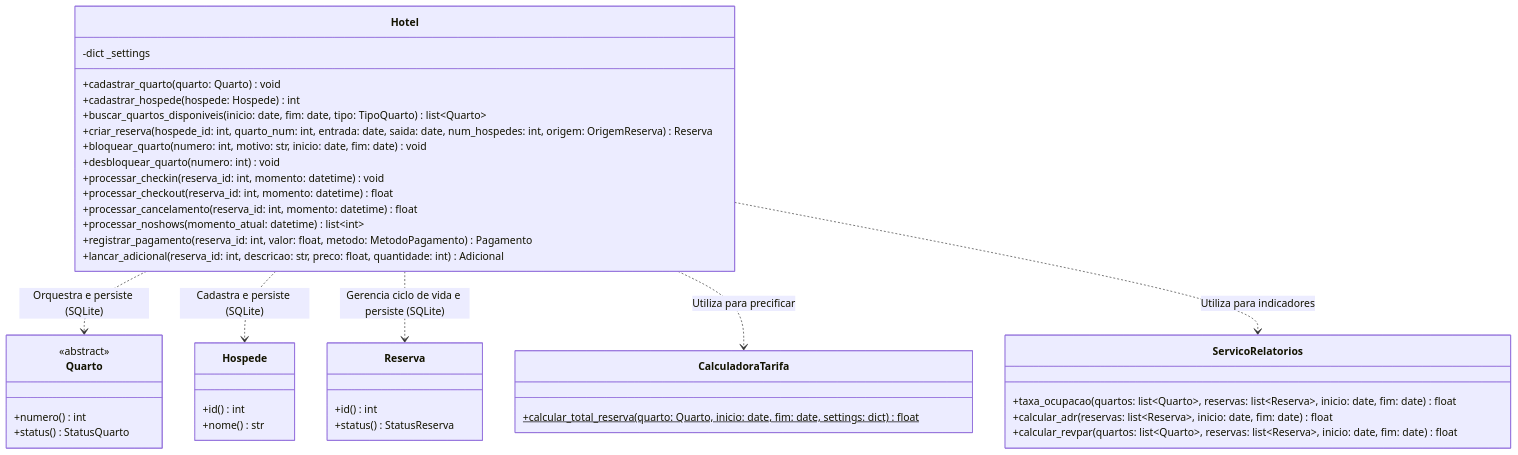
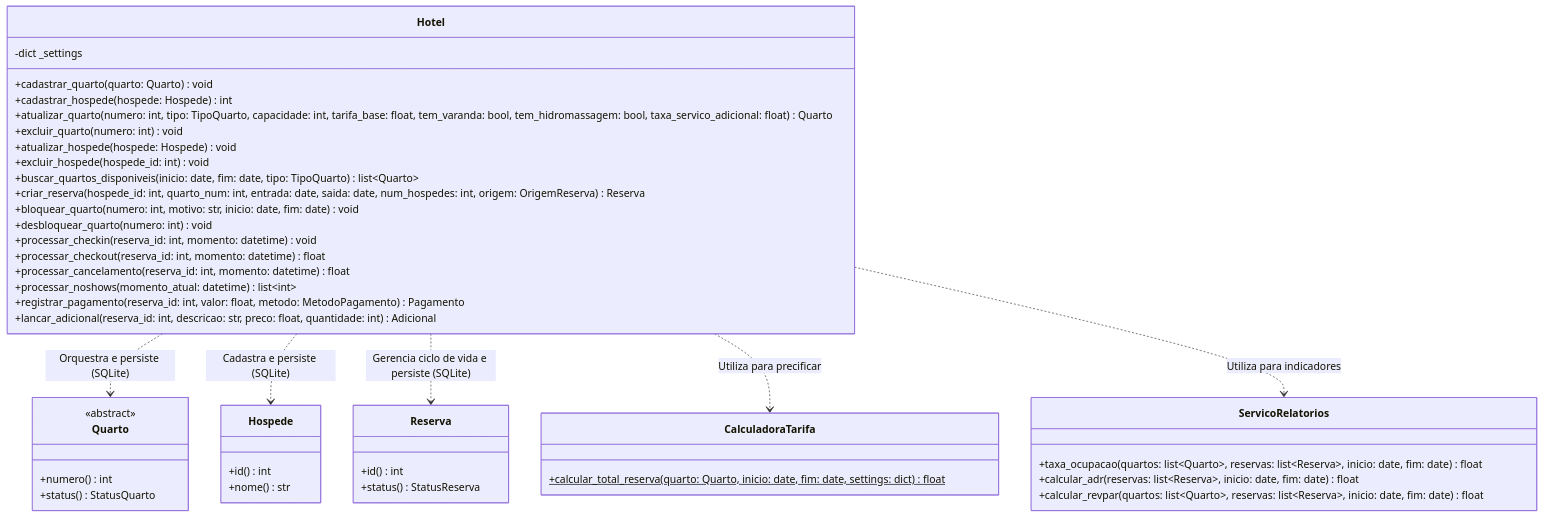
One commit to WandersonLobo/Sistema-de-Reserva-de-Hotel changed diagram 18 of 23 in docs/uml_diagram.md. Above: the diagram before and after it, drawn with Mermaid. The commit also changed 6 other files, not shown here.

````diff
--- a/docs/uml_diagram.md
+++ b/docs/uml_diagram.md
@@ -732,52 +732,56 @@
 ```mermaid
 classDiagram
     %% Definição das Classes
     class Hotel {
         -dict _settings
         +cadastrar_quarto(quarto: Quarto) void
         +cadastrar_hospede(hospede: Hospede) int
+        +atualizar_quarto(numero: int, tipo: TipoQuarto, capacidade: int, tarifa_base: float, tem_varanda: bool, tem_hidromassagem: bool, taxa_servico_adicional: float) Quarto
+        +excluir_quarto(numero: int) void
+        +atualizar_hospede(hospede: Hospede) void
+        +excluir_hospede(hospede_id: int) void
         +buscar_quartos_disponiveis(inicio: date, fim: date, tipo: TipoQuarto) list~Quarto~
         +criar_reserva(hospede_id: int, quarto_num: int, entrada: date, saida: date, num_hospedes: int, origem: OrigemReserva) Reserva
         +bloquear_quarto(numero: int, motivo: str, inicio: date, fim: date) void
         +desbloquear_quarto(numero: int) void
         +processar_checkin(reserva_id: int, momento: datetime) void
         +processar_checkout(reserva_id: int, momento: datetime) float
         +processar_cancelamento(reserva_id: int, momento: datetime) float
         +processar_noshows(momento_atual: datetime) list~int~
         +registrar_pagamento(reserva_id: int, valor: float, metodo: MetodoPagamento) Pagamento
         +lancar_adicional(reserva_id: int, descricao: str, preco: float, quantidade: int) Adicional
     }
 
     class Quarto {
         <<abstract>>
         +numero() int
         +status() StatusQuarto
     }
 
     class Hospede {
         +id() int
         +nome() str
     }
 
     class Reserva {
         +id() int
         +status() StatusReserva
     }
 
     class CalculadoraTarifa {
         +calcular_total_reserva(quarto: Quarto, inicio: date, fim: date, settings: dict)$ float
     }
 
     class ServicoRelatorios {
         +taxa_ocupacao(quartos: list~Quarto~, reservas: list~Reserva~, inicio: date, fim: date) float
         +calcular_adr(reservas: list~Reserva~, inicio: date, fim: date) float
         +calcular_revpar(quartos: list~Quarto~, reservas: list~Reserva~, inicio: date, fim: date) float
     }
 
     %% Relações de Dependência e Orquestração
     Hotel ..> Quarto : Orquestra e persiste (SQLite)
     Hotel ..> Hospede : Cadastra e persiste (SQLite)
     Hotel ..> Reserva : Gerencia ciclo de vida e persiste (SQLite)
     Hotel ..> CalculadoraTarifa : Utiliza para precificar
     Hotel ..> ServicoRelatorios : Utiliza para indicadores
 ```
````
